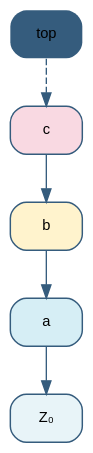
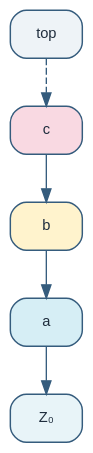
One commit to p0dyakov/inno_notes changed the second of 11 diagrams in semester-2/Theoretical Computer Science/6.qmd. Above: the diagram before and after it, drawn with Graphviz. The commit also changed 156 other files, not shown here.

````diff
--- a/semester-2/Theoretical Computer Science/6.qmd
+++ b/semester-2/Theoretical Computer Science/6.qmd
@@ -58,22 +58,22 @@
 ```{dot}
 //| fig-cap: "LIFO stack discipline used by PDAs"
 //| fig-width: 3.4
 //| fig-height: 3
 digraph lifo_stack {
   rankdir=TB;
   bgcolor="transparent";
-  node [shape=box, style="filled,rounded", fontname="Helvetica", fontsize=11, color="#355c7d", penwidth=1.1];
+  node [shape=box, style="filled,rounded", fontname="Helvetica", fontsize=11, color="#355c7d", fontcolor="#1f2d3d", penwidth=1.1];
   edge [fontname="Helvetica", fontsize=10, color="#355c7d"];
 
   c [label="c", fillcolor="#f9d9e2"];
   b [label="b", fillcolor="#fff3cd"];
   a [label="a", fillcolor="#d6eef5"];
   z0 [label="Z₀", fillcolor="#e8f4f8"];
-  top [shape=plaintext, label="top"];
+  top [label="top", fillcolor="#eef3f7"];
 
   top -> c [style=dashed];
   c -> b;
   b -> a;
   a -> z0;
 }
 ```
````
